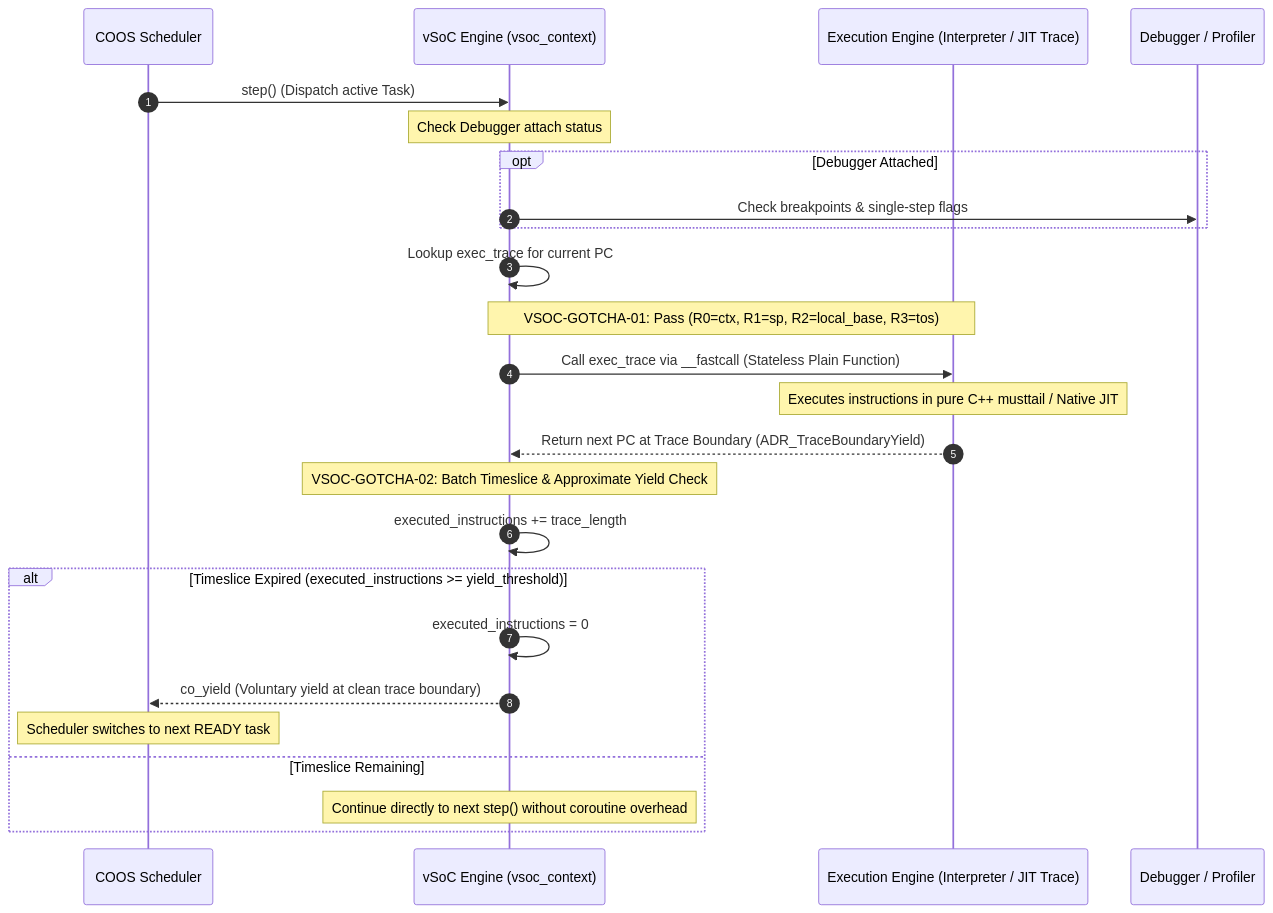
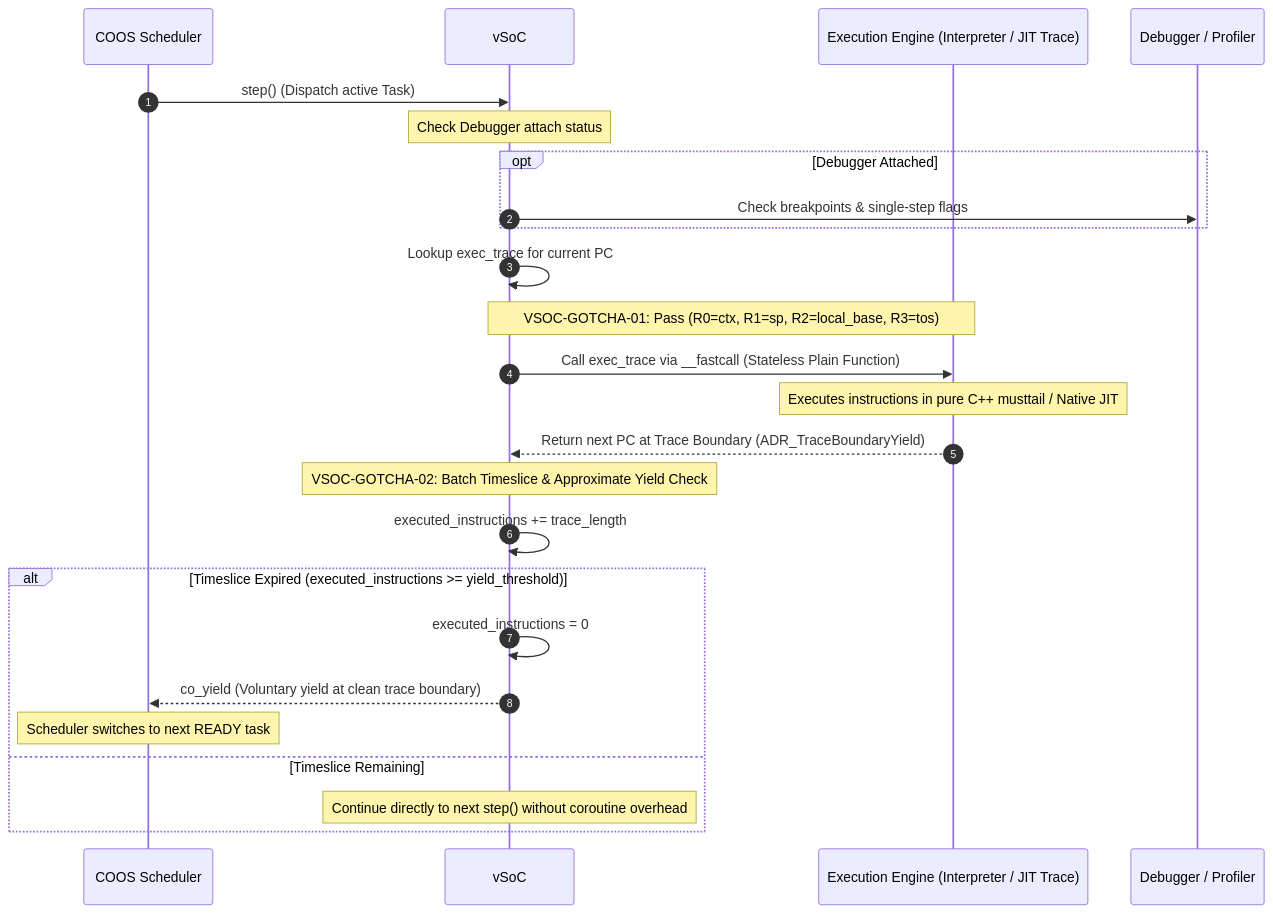
The second of 5 diagrams in docs/components/tier2_runtime/runtime_vsoc.md (kmt-t/fireball), drawn with Mermaid before and after one commit. The commit also changed other lines of this file and 18 other files, not shown here.

Commit message:
docs: harmonize component diagrams, state transitions, and symlinks across specifications

````diff
--- a/docs/components/tier2_runtime/runtime_vsoc.md
+++ b/docs/components/tier2_runtime/runtime_vsoc.md
@@ -139,31 +137,31 @@
 ```mermaid
 sequenceDiagram
     autonumber
     participant Sched as COOS Scheduler
-    participant vSoC as vSoC Engine (vsoc_context)
+    participant vSoC as vSoC
     participant Exec as Execution Engine (Interpreter / JIT Trace)
     participant Debug as Debugger / Profiler
 
     Sched->>vSoC: step() (Dispatch active Task)
     Note over vSoC: Check Debugger attach status
     opt Debugger Attached
         vSoC->>Debug: Check breakpoints & single-step flags
     end
 
     vSoC->>vSoC: Lookup exec_trace for current PC
     Note over vSoC,Exec: VSOC-GOTCHA-01: Pass (R0=ctx, R1=sp, R2=local_base, R3=tos)
     vSoC->>Exec: Call exec_trace via __fastcall (Stateless Plain Function)
 
     Note over Exec: Executes instructions in pure C++ musttail / Native JIT
     Exec-->>vSoC: Return next PC at Trace Boundary (ADR_TraceBoundaryYield)
 
     Note over vSoC: VSOC-GOTCHA-02: Batch Timeslice & Approximate Yield Check
     vSoC->>vSoC: executed_instructions += trace_length
     alt Timeslice Expired (executed_instructions >= yield_threshold)
         vSoC->>vSoC: executed_instructions = 0
         vSoC-->>Sched: co_yield (Voluntary yield at clean trace boundary)
         Note over Sched: Scheduler switches to next READY task
     else Timeslice Remaining
         Note over vSoC: Continue directly to next step() without coroutine overhead
     end
 ```
````
